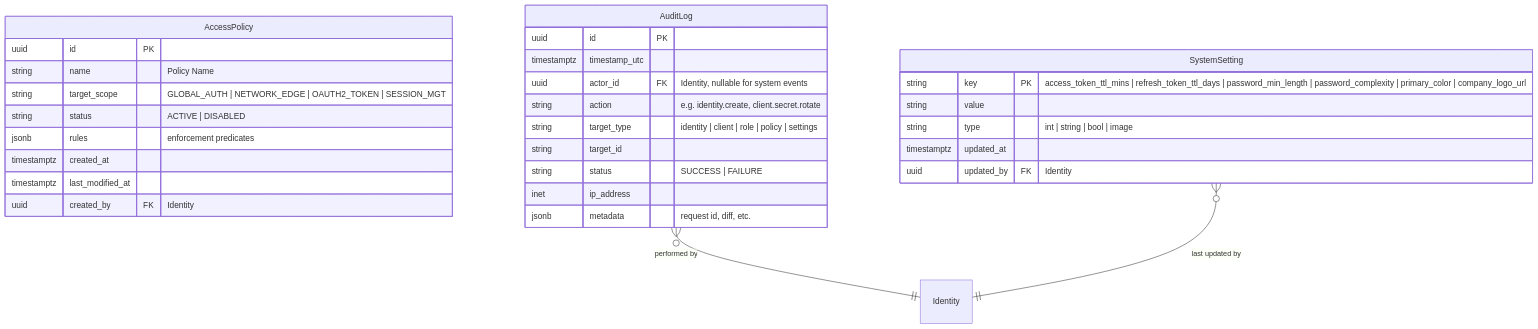
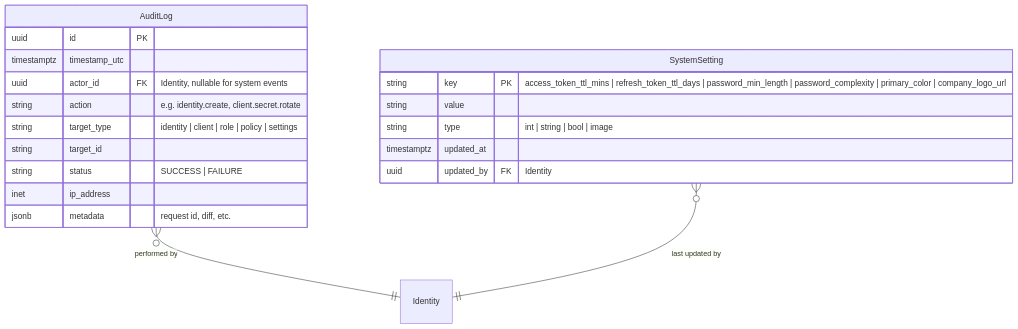
The fourth of 4 diagrams in design/ERD.md (mosup16/SW-IDP), drawn with Mermaid before and after one commit. The commit also changed other lines of this file and 3 other files, not shown here.

First line of the commit message:
Lock stack to React + Spring Cloud; drop AccessPolicy and PKCE

````diff
--- a/design/ERD.md
+++ b/design/ERD.md
@@ -167,36 +167,25 @@
 ```mermaid
 erDiagram
-    AccessPolicy {
-        uuid id PK
-        string name "Policy Name"
-        string target_scope "GLOBAL_AUTH | NETWORK_EDGE | OAUTH2_TOKEN | SESSION_MGT"
-        string status "ACTIVE | DISABLED"
-        jsonb rules "enforcement predicates"
-        timestamptz created_at
-        timestamptz last_modified_at
-        uuid created_by FK "Identity"
-    }
-
     AuditLog {
         uuid id PK
         timestamptz timestamp_utc
         uuid actor_id FK "Identity, nullable for system events"
         string action "e.g. identity.create, client.secret.rotate"
         string target_type "identity | client | role | policy | settings"
         string target_id
         string status "SUCCESS | FAILURE"
         inet ip_address
         jsonb metadata "request id, diff, etc."
     }
 
     SystemSetting {
         string key PK "access_token_ttl_mins | refresh_token_ttl_days | password_min_length | password_complexity | primary_color | company_logo_url"
         string value
         string type "int | string | bool | image"
         timestamptz updated_at
         uuid updated_by FK "Identity"
     }
 
     AuditLog }o--|| Identity : "performed by"
     SystemSetting }o--|| Identity : "last updated by"
 ```
````
